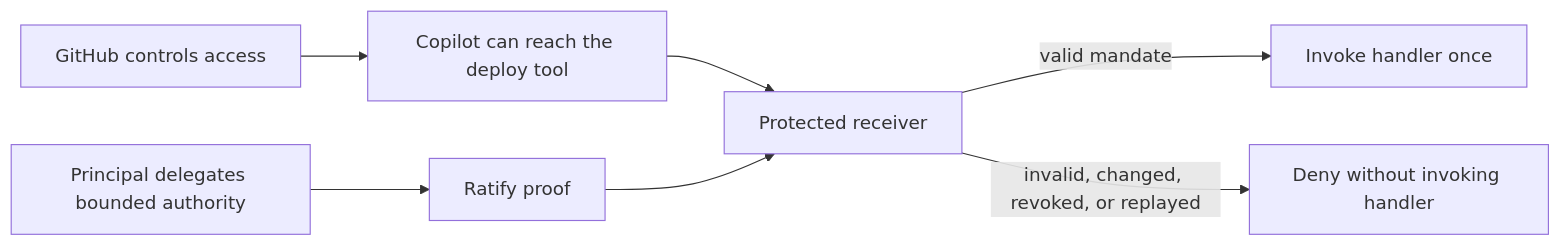
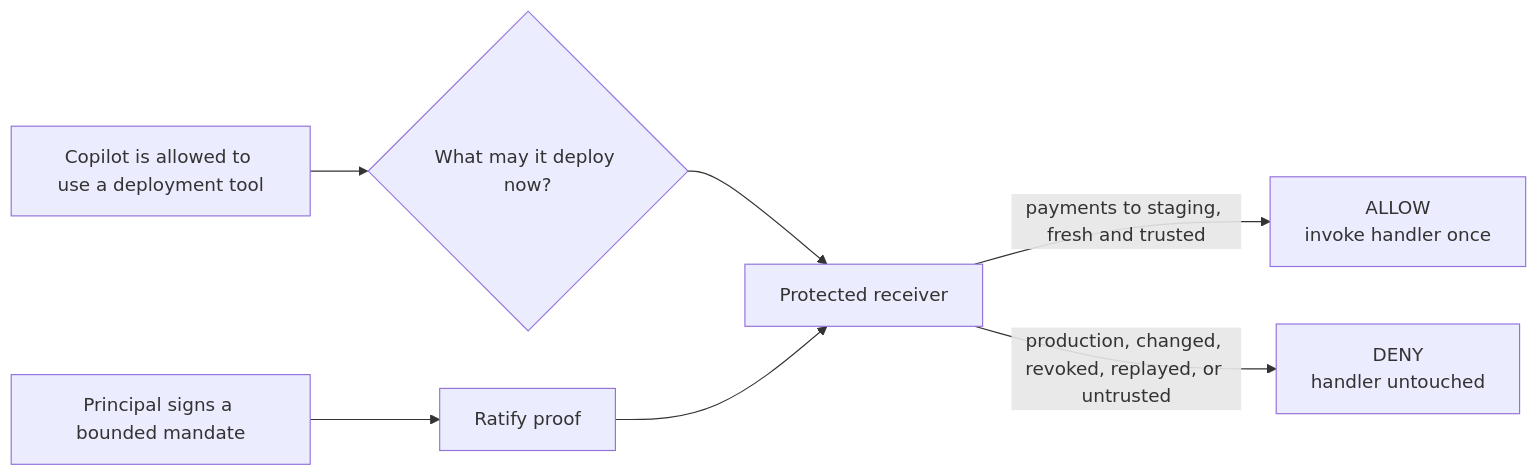
Before and after one commit to identities-ai/ratify-protocol: the first of 3 diagrams in references/github-copilot/README.md, drawn with Mermaid. The commit also changed other lines of this file and 2 other files, not shown here.

First line of the commit message:
Clarify reference value, discovery, and Copilot setup (#70)

````diff
--- a/references/github-copilot/README.md
+++ b/references/github-copilot/README.md
@@ -22,9 +37,9 @@
 ```mermaid
 flowchart LR
-    A[GitHub controls access] --> B[Copilot can reach the deploy tool]
-    C[Principal delegates bounded authority] --> D[Ratify proof]
+    A[Copilot is allowed to use a deployment tool] --> B{What may it deploy now?}
+    C[Principal signs a bounded mandate] --> D[Ratify proof]
     B --> E[Protected receiver]
     D --> E
-    E -->|valid mandate| F[Invoke handler once]
-    E -->|invalid, changed, revoked, or replayed| G[Deny without invoking handler]
+    E -->|payments to staging, fresh and trusted| F[ALLOW<br/>invoke handler once]
+    E -->|production, changed, revoked, replayed, or untrusted| G[DENY<br/>handler untouched]
 ```
````
